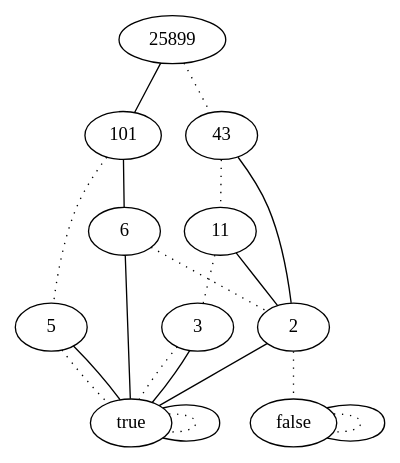
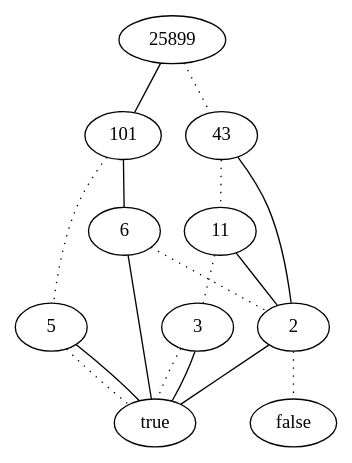
The diagram in projet_ocaml_2023/graphe.dot (TiantianTitan/ocaml_projet), drawn with Graphviz before and after one commit. The commit also changed 2 other files, not shown here.

Commit message:
graph 100% passé

```diff
--- a/projet_ocaml_2023/graphe.dot
+++ b/projet_ocaml_2023/graphe.dot
@@ -1,22 +1,18 @@
 graph {
 6 -- 2 [style=dotted]
 6 -- true
 5 -- true [style=dotted]
 5 -- true
 101 -- 5 [style=dotted]
 101 -- 6
 2 -- false [style=dotted]
 2 -- true
 3 -- true [style=dotted]
 3 -- true
 11 -- 3 [style=dotted]
 11 -- 2
 43 -- 11 [style=dotted]
 43 -- 2
 25899 -- 43 [style=dotted]
 25899 -- 101
-true -- true [style=dotted]
-true -- true
-false -- false [style=dotted]
-false -- false
 }
```
